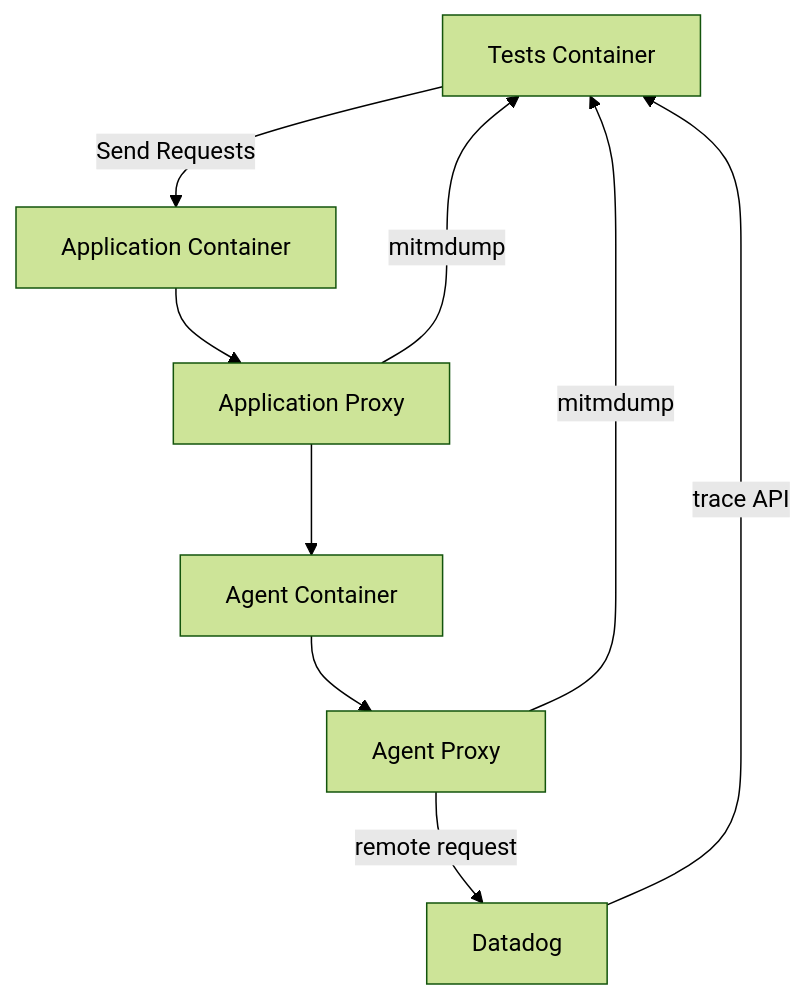
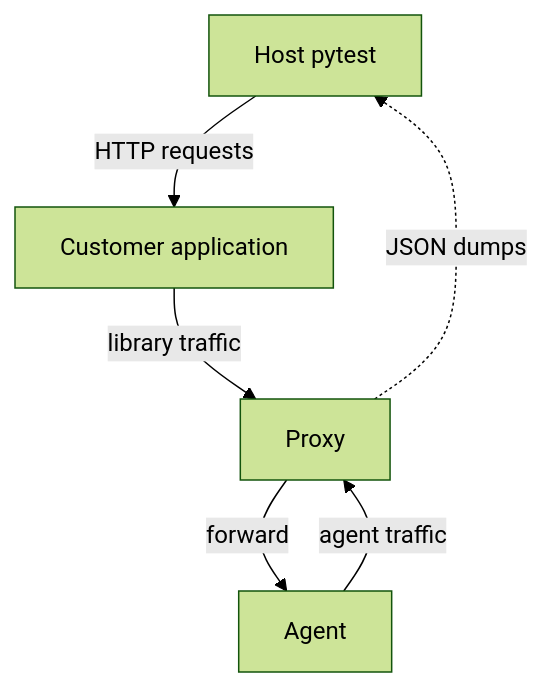
The first of 2 diagrams in docs/understand/architecture.md (DataDog/system-tests), drawn with Mermaid (forest theme) before and after one commit. The commit also changed other lines of this file and 1 other file, not shown here.

Commit message:
(docs) Update architecture graph (#7610)

````diff
--- a/docs/understand/architecture.md
+++ b/docs/understand/architecture.md
@@ -36,11 +35,8 @@
 ```mermaid
 flowchart TD
-    TESTS[Tests Container] -->|Send Requests| APP
-    APP[Application Container] --> APPPROXY
-    APPPROXY[Application Proxy] --> AGENT
-    APPPROXY -->|mitmdump| TESTS
-    AGENT[Agent Container] --> AGENTPROXY
-    AGENTPROXY[Agent Proxy] -->|remote request| BACKEND
-    AGENTPROXY -->|mitmdump| TESTS
-    BACKEND[Datadog] -->|trace API| TESTS
+    HOST[Host pytest] -->|HTTP requests| WEBLOG
+    WEBLOG[Customer application] -->|library traffic| PROXY
+    PROXY[Proxy] -->|forward| AGENT
+    AGENT[Agent] -->|agent traffic| PROXY
+    PROXY -.->|JSON dumps| HOST
 ```
````
